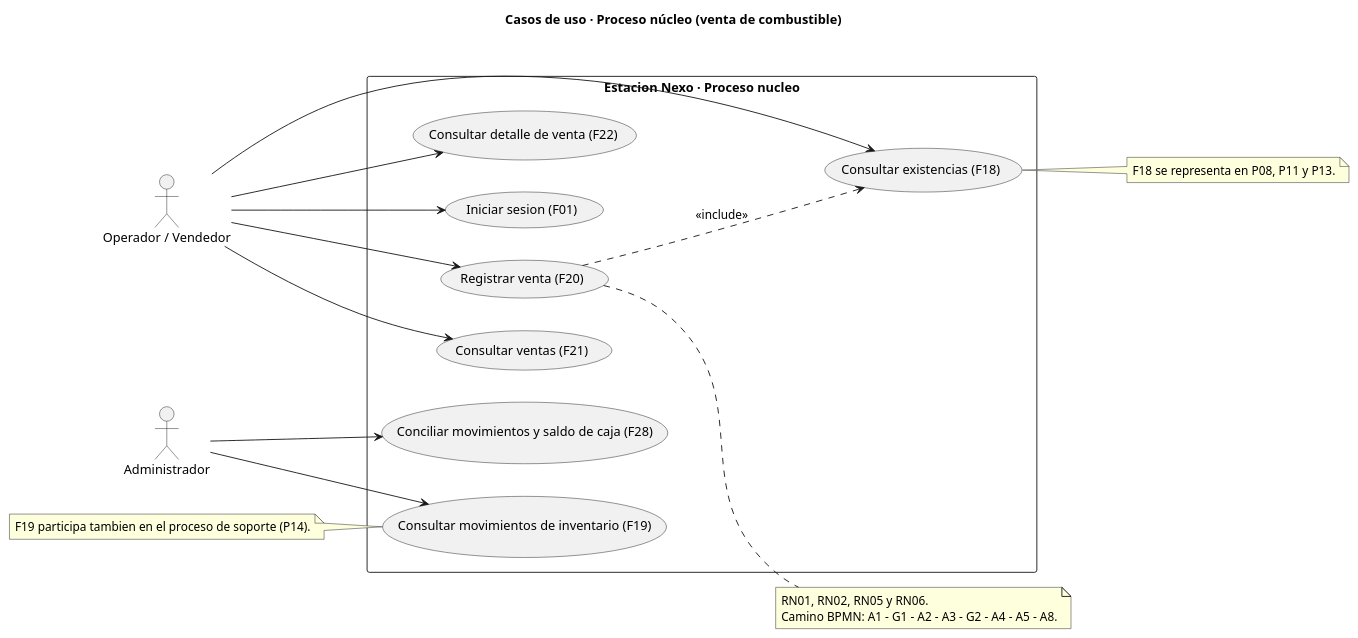
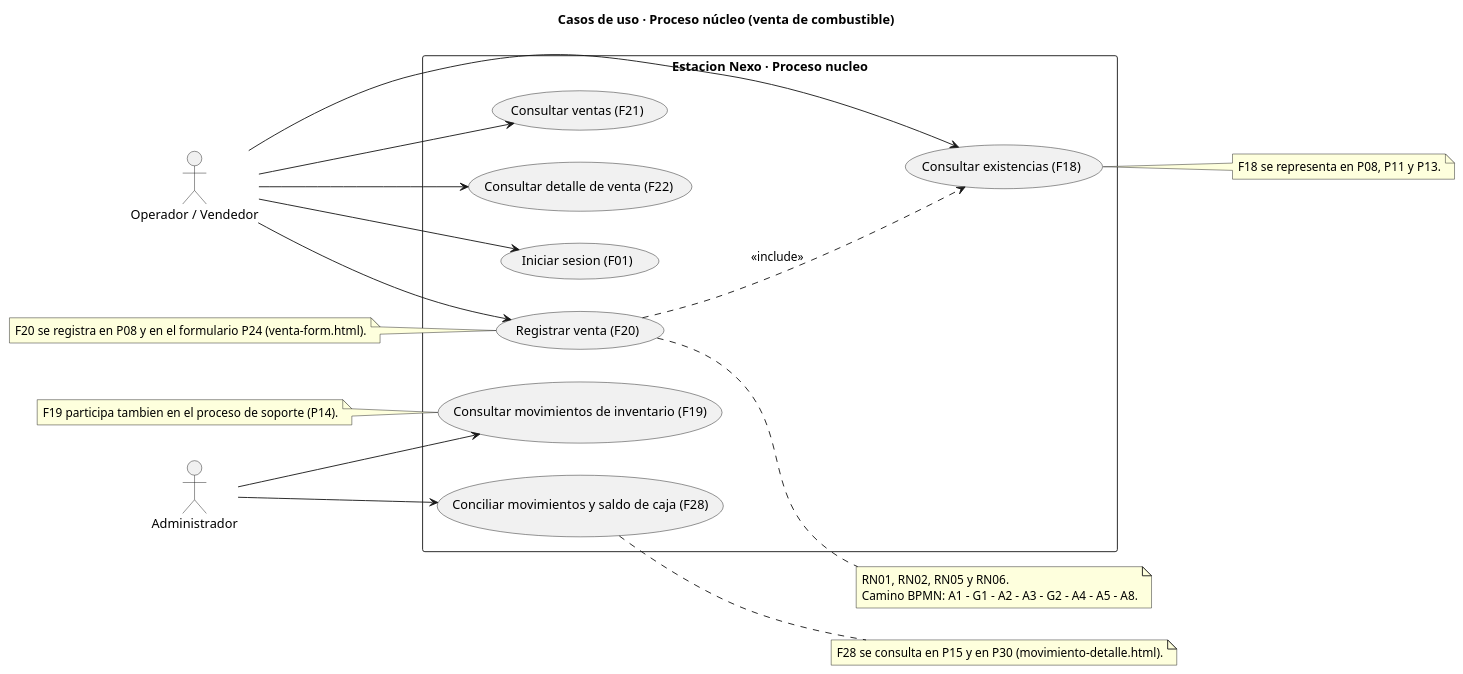
Before and after one commit to 4dr1-2529/gasolineria-ingweb: the third of 4 diagrams in documentacion/10_productos_y_entregables.md, drawn with PlantUML. The commit also changed other lines of this file and 43 other files, not shown here.

````diff
--- a/documentacion/10_productos_y_entregables.md
+++ b/documentacion/10_productos_y_entregables.md
@@ -159,35 +164,41 @@
 ```plantuml
 @startuml
 left to right direction
 title Casos de uso · Proceso núcleo (venta de combustible)
 actor "Operador / Vendedor" as OP
 actor "Administrador" as ADM
 rectangle "Estacion Nexo · Proceso nucleo" {
   usecase "Iniciar sesion (F01)" as UC01
   usecase "Registrar venta (F20)" as UC20
   usecase "Consultar existencias (F18)" as UC18
   usecase "Consultar movimientos de inventario (F19)" as UC19
   usecase "Consultar ventas (F21)" as UC21
   usecase "Consultar detalle de venta (F22)" as UC22
   usecase "Conciliar movimientos y saldo de caja (F28)" as UC28
 }
 OP --> UC01
 OP --> UC20
 OP --> UC18
 OP --> UC21
 OP --> UC22
 ADM --> UC19
 ADM --> UC28
 UC20 ..> UC18 : <<include>>
 note right of UC20
   RN01, RN02, RN05 y RN06.
   Camino BPMN: A1 - G1 - A2 - A3 - G2 - A4 - A5 - A8.
 end note
 note right of UC18
   F18 se representa en P08, P11 y P13.
 end note
 note left of UC19
   F19 participa tambien en el proceso de soporte (P14).
 end note
+note left of UC20
+  F20 se registra en P08 y en el formulario P24 (venta-form.html).
+end note
+note right of UC28
+  F28 se consulta en P15 y en P30 (movimiento-detalle.html).
+end note
 @enduml
 ```
````
